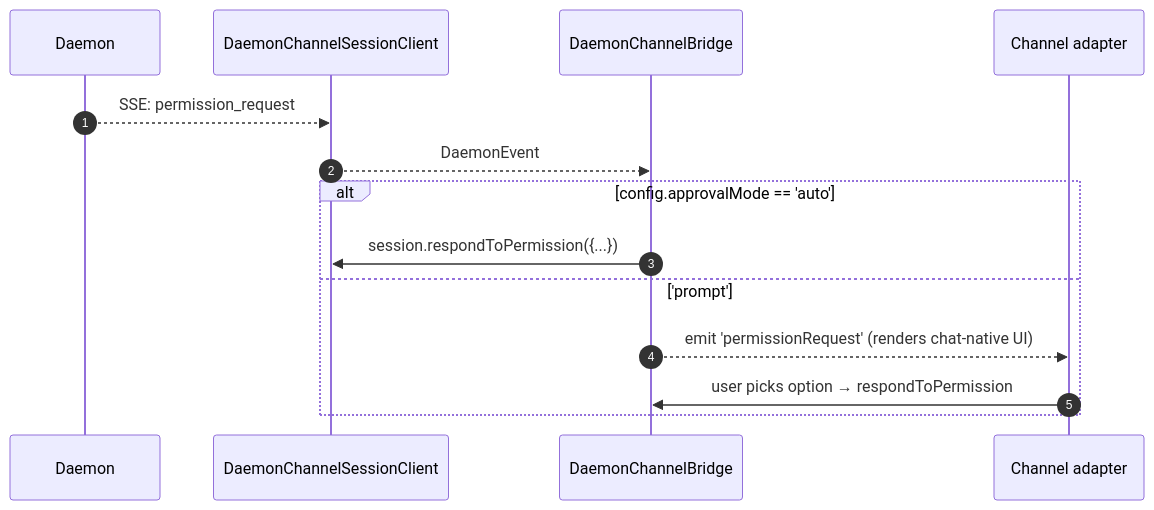
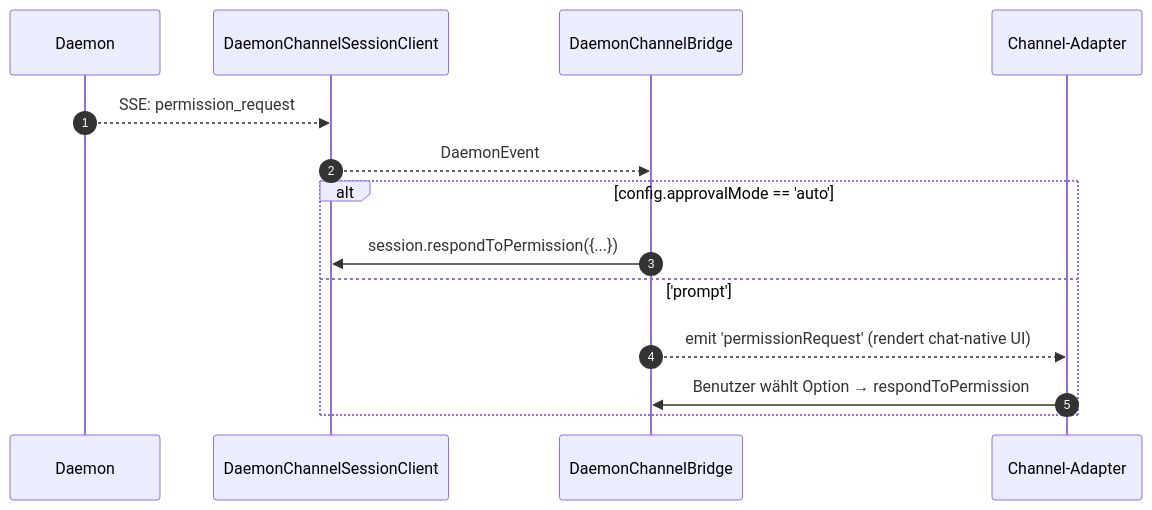
One commit to QwenLM/qwen-code-docs changed the third of 3 diagrams in website/content/de/developers/daemon/15-channel-adapters.md. Above: the diagram before and after it, drawn with Mermaid. The commit also changed other lines of this file and 128 other files, not shown here.

````diff
--- a/website/content/de/developers/daemon/15-channel-adapters.md
+++ b/website/content/de/developers/daemon/15-channel-adapters.md
@@ -136,17 +140,17 @@
 ```mermaid
 sequenceDiagram
     autonumber
     participant D as Daemon
     participant SC as DaemonChannelSessionClient
     participant BR as DaemonChannelBridge
-    participant AD as Channel adapter
+    participant AD as Channel-Adapter
 
     D-->>SC: SSE: permission_request
     SC-->>BR: DaemonEvent
     alt config.approvalMode == 'auto'
         BR->>SC: session.respondToPermission({...})
     else 'prompt'
-        BR-->>AD: emit 'permissionRequest' (renders chat-native UI)
-        AD->>BR: user picks option → respondToPermission
+        BR-->>AD: emit 'permissionRequest' (rendert chat-native UI)
+        AD->>BR: Benutzer wählt Option → respondToPermission
     end
 ```
````
